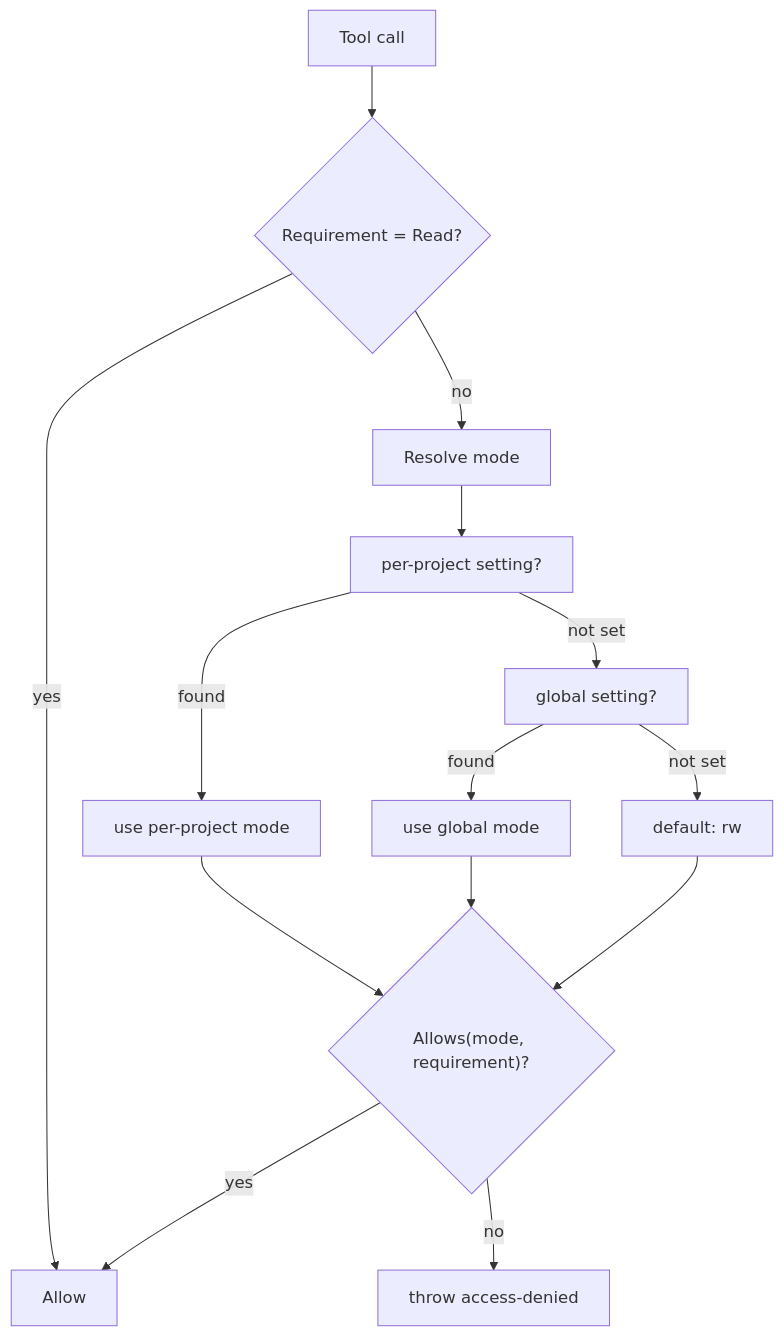
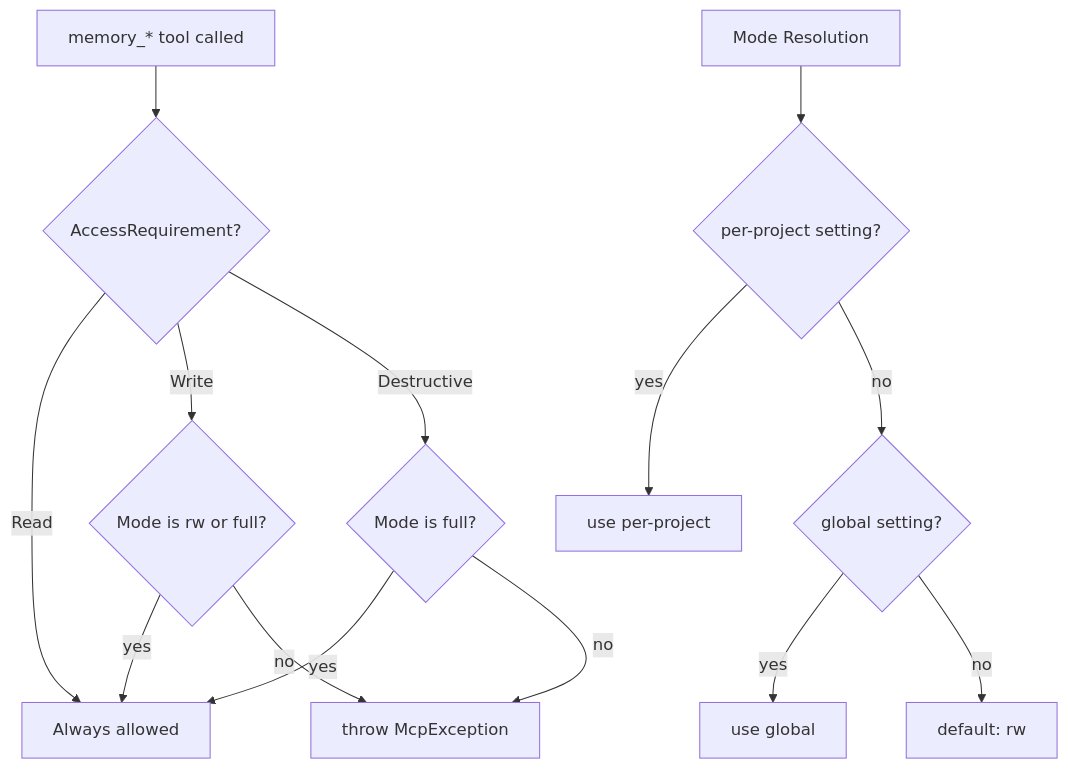
The sixth of 6 diagrams in docs/explanation/architecture.md (Arasz/ai-raccoon), drawn with Mermaid before and after one commit. The commit also changed other lines of this file, not shown here.

Commit message:
docs: add architecture.md with schema, data flow, query flow, sync cycle, workspace lifecycle, access modes, and algorithm mermaid diagrams

````diff
--- a/docs/explanation/architecture.md
+++ b/docs/explanation/architecture.md
@@ -318,17 +327,17 @@
 ```mermaid
 flowchart TD
-  START["Tool call"] --> READ_CHECK{"Requirement = Read?"}
-  READ_CHECK -->|yes| ALLOW["Allow"]
-  READ_CHECK -->|no| RESOLVE["Resolve mode"]
-  RESOLVE --> PER_PROJ["per-project setting?"]
-  PER_PROJ -->|found| PER_PROJ_MODE["use per-project mode"]
-  PER_PROJ -->|not set| GLOBAL["global setting?"]
-  GLOBAL -->|found| GLOBAL_MODE["use global mode"]
-  GLOBAL -->|not set| DEFAULT["default: rw"]
-  PER_PROJ_MODE --> CHECK
-  GLOBAL_MODE --> CHECK
-  DEFAULT --> CHECK
-  CHECK{"Allows(mode, requirement)?"}
-  CHECK -->|yes| ALLOW
-  CHECK -->|no| DENY["throw access-denied"]
+    A["memory_* tool called"] --> B{"AccessRequirement?"}
+    B -->|Read| C[Always allowed]
+    B -->|Write| D{"Mode is rw or full?"}
+    B -->|Destructive| E{"Mode is full?"}
+    D -->|yes| C
+    D -->|no| F["throw McpException"]
+    E -->|yes| C
+    E -->|no| F
+
+    G["Mode Resolution"] --> H{"per-project setting?"}
+    H -->|yes| I["use per-project"]
+    H -->|no| J{"global setting?"}
+    J -->|yes| K["use global"]
+    J -->|no| L["default: rw"]
 ```
````
